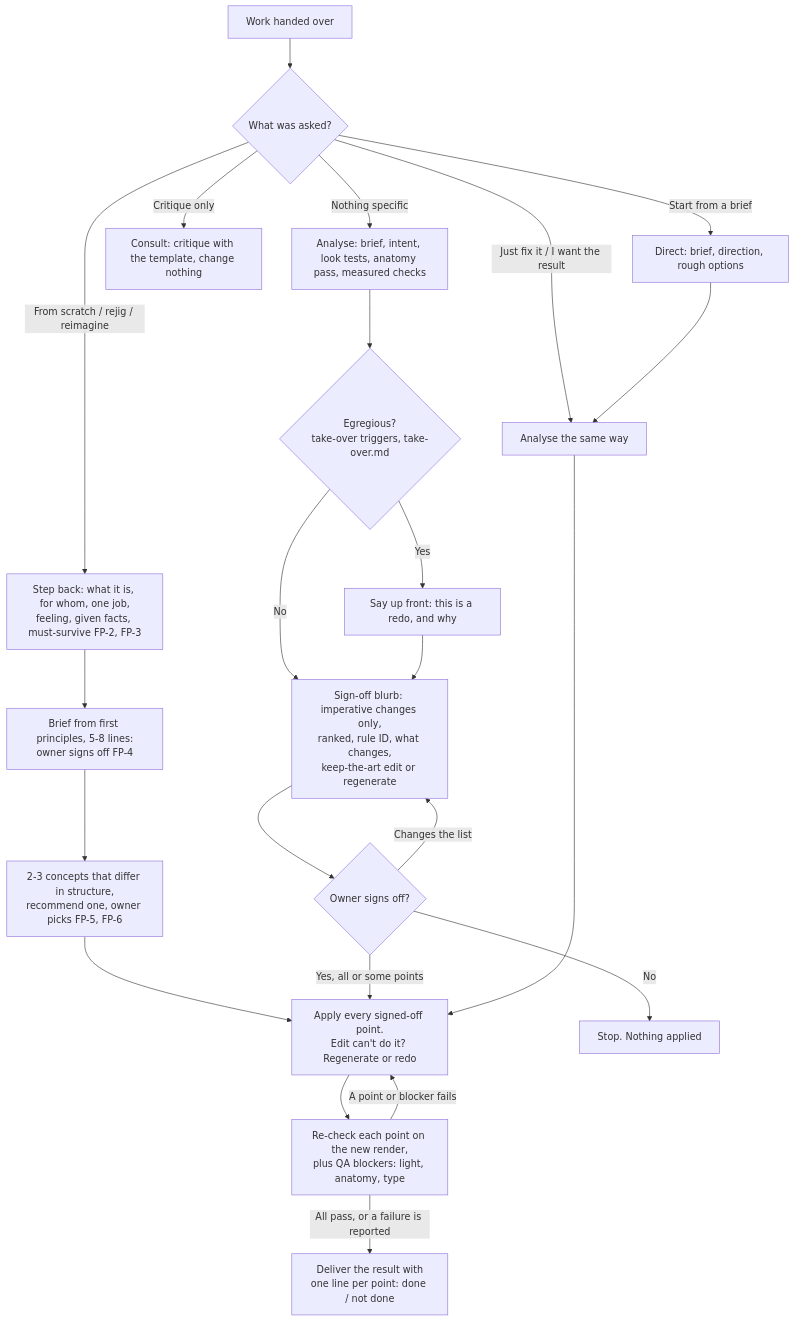
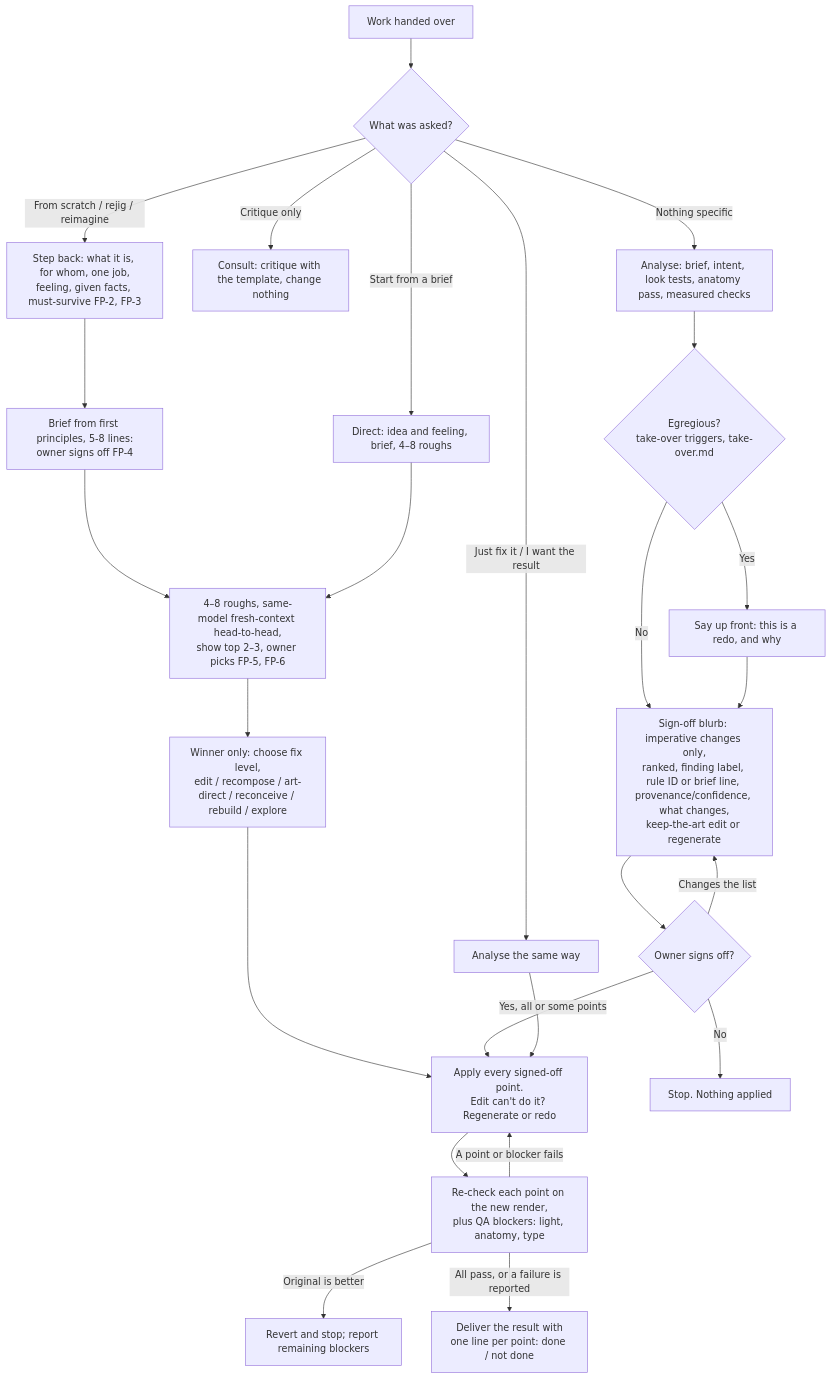
One commit to SnazzyGaz/creative-director changed the diagram in skills/creative-director/core/interaction-flow.md. Above: the diagram before and after it, drawn with Mermaid. The commit also changed other lines of this file and 40 other files, not shown here.

````diff
--- a/skills/creative-director/core/interaction-flow.md
+++ b/skills/creative-director/core/interaction-flow.md
@@ -16,25 +16,27 @@
 ```mermaid
 flowchart TD
     A[Work handed over] --> B{What was asked?}
     B -->|Nothing specific| C[Analyse: brief, intent, look tests, anatomy pass, measured checks]
     B -->|Just fix it / I want the result| C2[Analyse the same way]
     B -->|Critique only| K[Consult: critique with the template, change nothing]
-    B -->|Start from a brief| D[Direct: brief, direction, rough options]
+    B -->|Start from a brief| D[Direct: idea and feeling, brief, 4–8 roughs]
     B -->|From scratch / rejig / reimagine| P[Step back: what it is, for whom, one job,<br>feeling, given facts, must-survive FP-2, FP-3]
     P --> P1[Brief from first principles, 5-8 lines:<br>owner signs off FP-4]
-    P1 --> P2[2-3 concepts that differ in structure,<br>recommend one, owner picks FP-5, FP-6]
-    P2 --> H
-    D --> C2
+    P1 --> P2[4–8 roughs, same-model fresh-context head-to-head,<br>show top 2–3, owner picks FP-5, FP-6]
+    P2 --> L[Winner only: choose fix level,<br>edit / recompose / art-direct / reconceive / rebuild / explore]
+    L --> H
+    D --> P2
     C --> E{Egregious?<br>take-over triggers, take-over.md}
     E -->|Yes| E1[Say up front: this is a redo, and why]
     E -->|No| F
-    E1 --> F[Sign-off blurb: imperative changes only,<br>ranked, rule ID, what changes,<br>keep-the-art edit or regenerate]
+    E1 --> F[Sign-off blurb: imperative changes only,<br>ranked, finding label, rule ID or brief line, provenance/confidence, what changes,<br>keep-the-art edit or regenerate]
     F --> G{Owner signs off?}
     G -->|Yes, all or some points| H
     G -->|Changes the list| F
     G -->|No| Z[Stop. Nothing applied]
     C2 --> H[Apply every signed-off point.<br>Edit can't do it? Regenerate or redo]
     H --> I[Re-check each point on the new render,<br>plus QA blockers: light, anatomy, type]
     I -->|A point or blocker fails| H
+    I -->|Original is better| O[Revert and stop; report remaining blockers]
     I -->|All pass, or a failure is reported| J[Deliver the result with<br>one line per point: done / not done]
 ```
````
